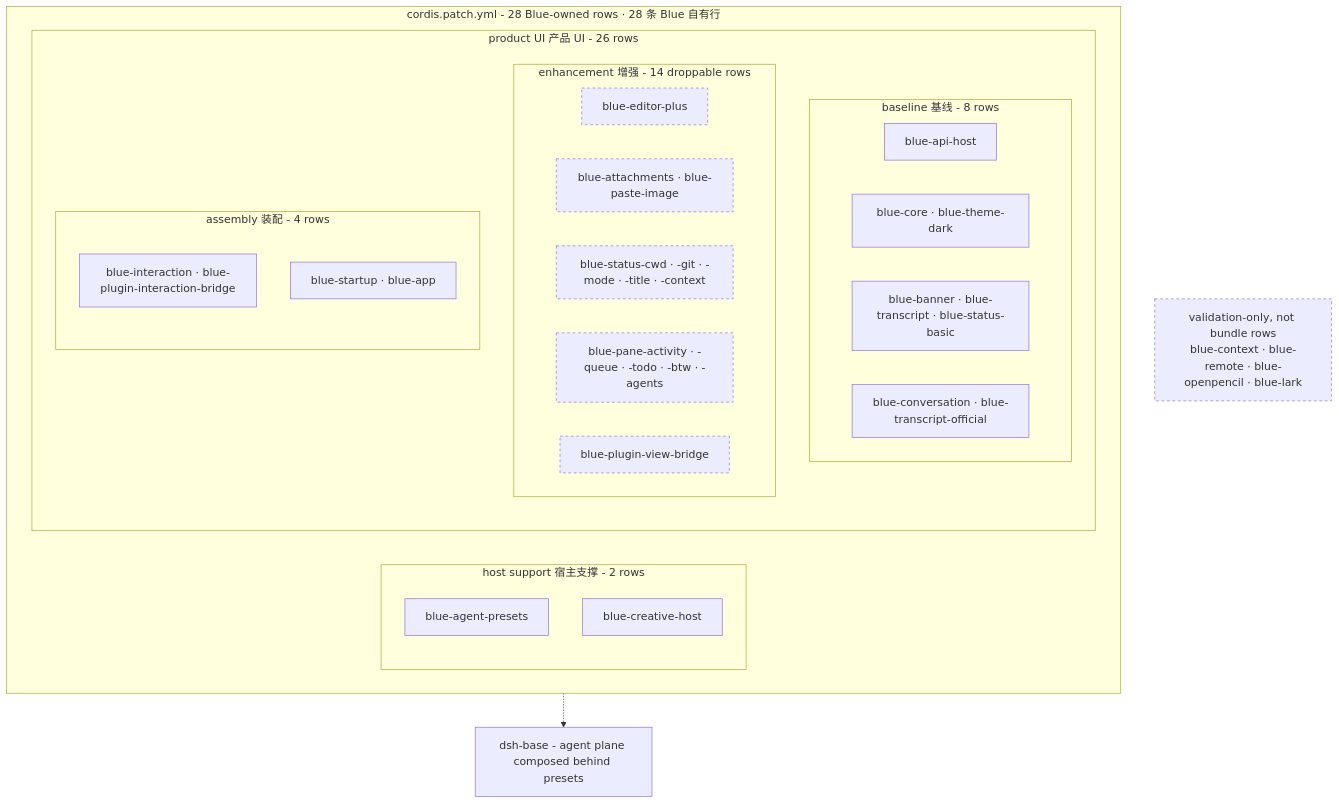
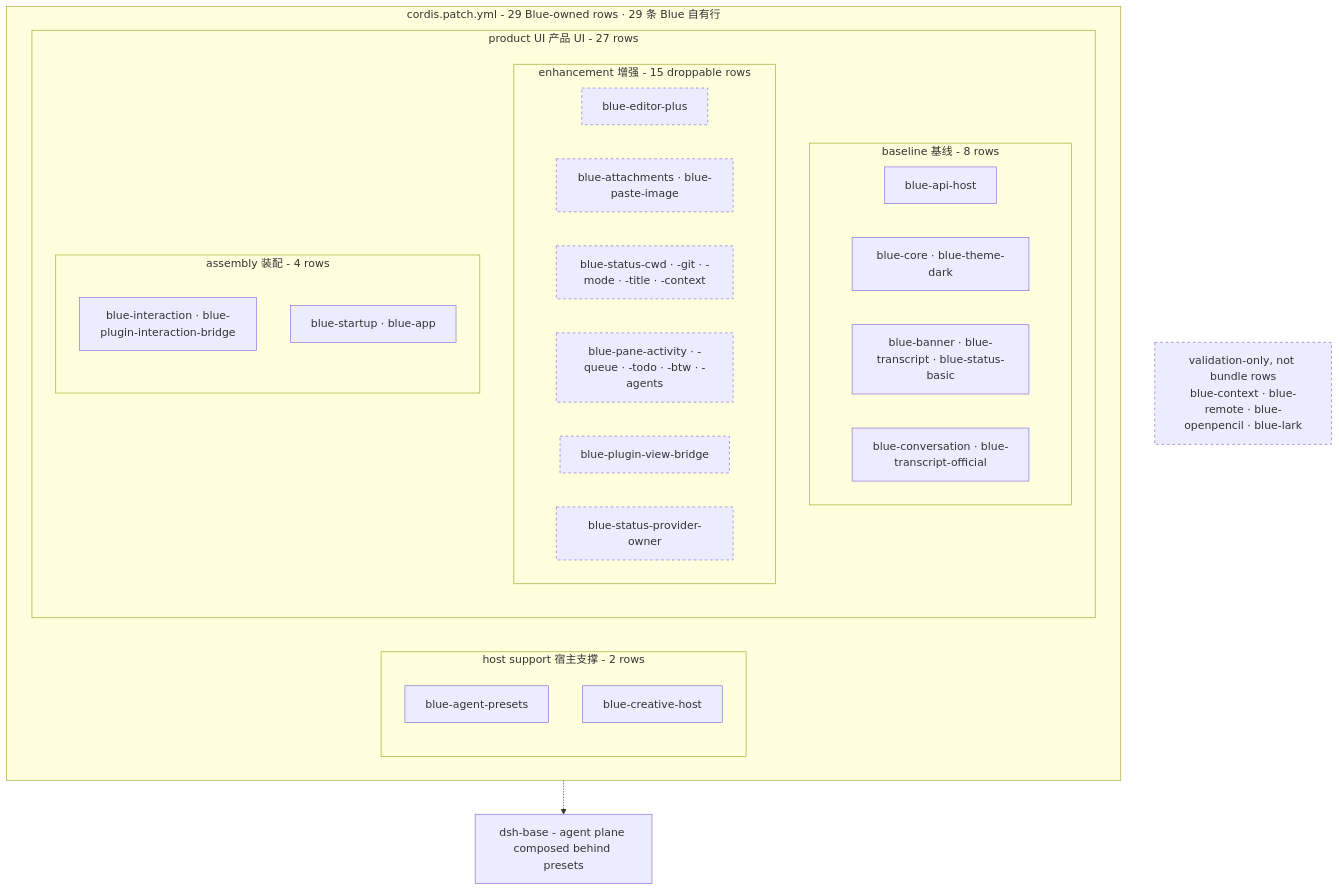
The diagram in docs/diagrams/blue-composition.mmd (dsh-blue/blue), drawn with Mermaid before and after one commit. The commit also changed 67 other files, not shown here.

```diff
--- a/docs/diagrams/blue-composition.mmd
+++ b/docs/diagrams/blue-composition.mmd
@@ -1,32 +1,33 @@
 flowchart TB
-    subgraph bundle["cordis.patch.yml - 28 Blue-owned rows · 28 条 Blue 自有行"]
+    subgraph bundle["cordis.patch.yml - 29 Blue-owned rows · 29 条 Blue 自有行"]
         subgraph host["host support 宿主支撑 - 2 rows"]
             presets["blue-agent-presets"]
             creative["blue-creative-host"]
         end
-        subgraph product["product UI 产品 UI - 26 rows"]
+        subgraph product["product UI 产品 UI - 27 rows"]
             subgraph baseline["baseline 基线 - 8 rows"]
                 api["blue-api-host"]
                 core["blue-core · blue-theme-dark"]
                 chrome["blue-banner · blue-transcript · blue-status-basic"]
                 conversation["blue-conversation · blue-transcript-official"]
             end
-            subgraph enhancement["enhancement 增强 - 14 droppable rows"]
+            subgraph enhancement["enhancement 增强 - 15 droppable rows"]
                 editorPlus["blue-editor-plus"]
                 att["blue-attachments · blue-paste-image"]
                 statusEnh["blue-status-cwd · -git · -mode · -title · -context"]
                 panes["blue-pane-activity · -queue · -todo · -btw · -agents"]
                 viewBridge["blue-plugin-view-bridge"]
+                statusOwner["blue-status-provider-owner"]
             end
             subgraph assembly["assembly 装配 - 4 rows"]
                 interaction["blue-interaction · blue-plugin-interaction-bridge"]
                 startup["blue-startup · blue-app"]
             end
         end
     end
     validation["validation-only, not bundle rows\nblue-context · blue-remote · blue-openpencil · blue-lark"]
     dshbase["dsh-base - agent plane composed behind presets"]
     bundle -.-> dshbase
 
     classDef optional stroke-dasharray: 4 4;
-    class editorPlus,att,statusEnh,panes,viewBridge,validation optional;
+    class editorPlus,att,statusEnh,panes,viewBridge,statusOwner,validation optional;
```
